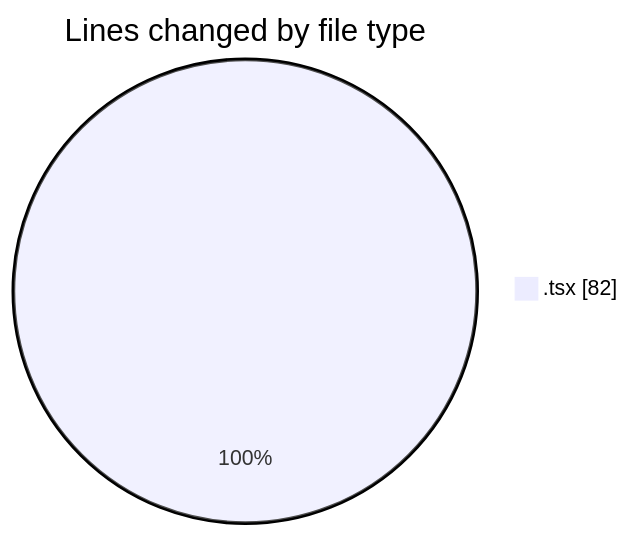
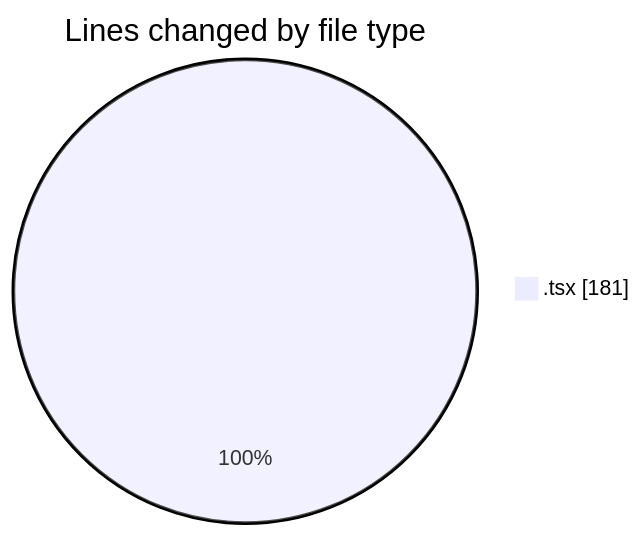
The first of 2 diagrams in 2025-03-05/frontend/README.md (robertbonfada/code-tracking), drawn with Mermaid before and after one commit. The commit also changed other lines of this file and 1 other file, not shown here.

````diff
--- a/2025-03-05/frontend/README.md
+++ b/2025-03-05/frontend/README.md
@@ -21,5 +21,5 @@
 ```mermaid
 pie showData
 title Lines changed by file type
-".tsx" : 82
+".tsx" : 181
 ```
````
